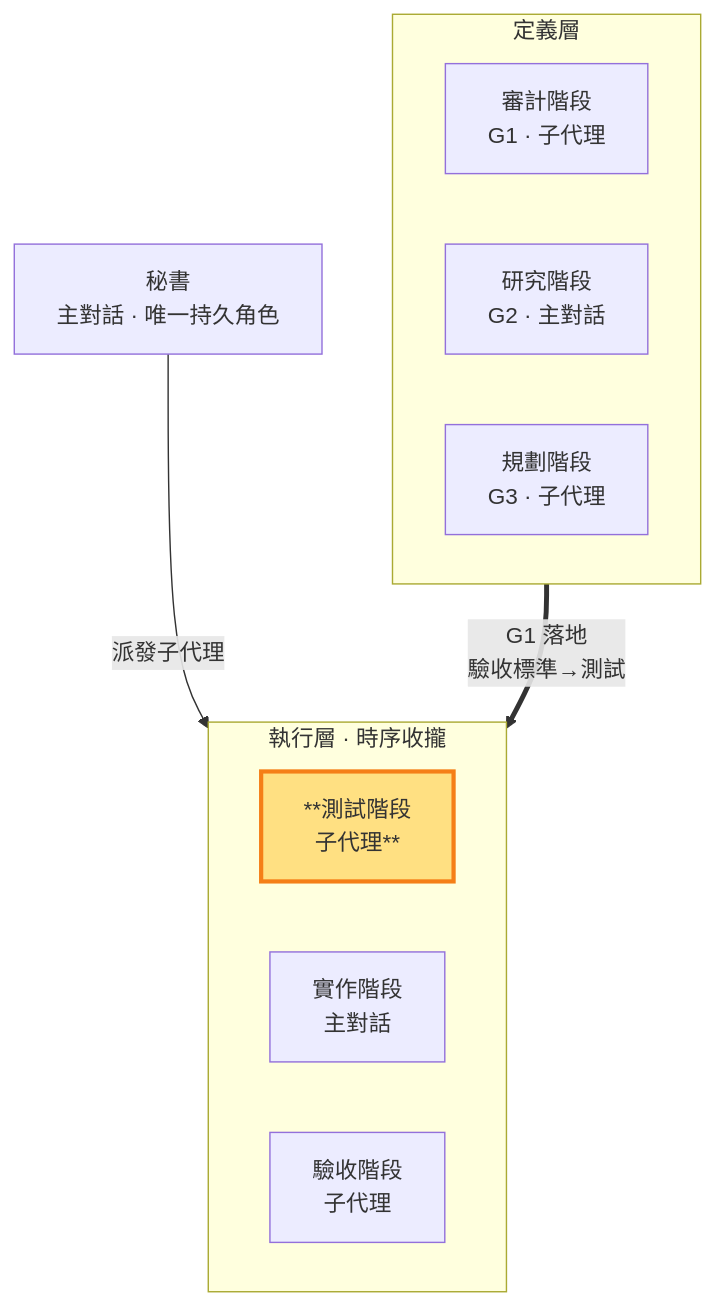
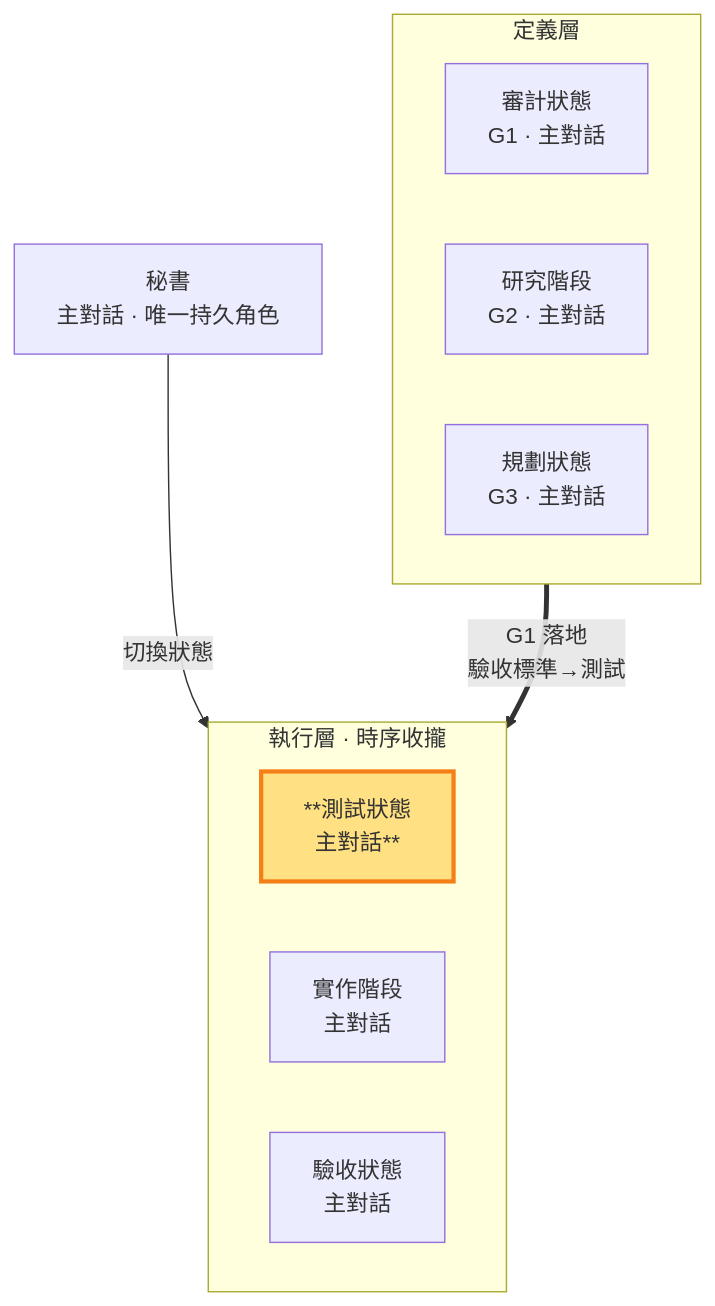
Before and after one commit to teps3105/shiftblame: the diagram in skills/shiftblame/references/TEST.md, drawn with Mermaid. The commit also changed other lines of this file and 31 other files, not shown here.

````diff
--- a/skills/shiftblame/references/TEST.md
+++ b/skills/shiftblame/references/TEST.md
@@ -16,19 +16,19 @@
 ```mermaid
 flowchart TB
     SEC[秘書<br/>主對話 · 唯一持久角色]
     subgraph Consult["定義層"]
         direction LR
-        AUD["審計階段<br/>G1 · 子代理"]
+        AUD["審計狀態<br/>G1 · 主對話"]
         RES["研究階段<br/>G2 · 主對話"]
-        PLA["規劃階段<br/>G3 · 子代理"]
+        PLA["規劃狀態<br/>G3 · 主對話"]
     end
     subgraph Build["執行層 · 時序收攏"]
         direction LR
-        TST["**測試階段<br/>子代理**"]:::thisrole
+        TST["**測試狀態<br/>主對話**"]:::thisrole
         DEV["實作階段<br/>主對話"]
-        ACC["驗收階段<br/>子代理"]
+        ACC["驗收狀態<br/>主對話"]
     end
-    SEC -- 派發子代理 --> TST
+    SEC -- 切換狀態 --> TST
     AUD == "G1 落地<br/>驗收標準→測試" ==> TST
     classDef thisrole fill:#ffe082,stroke:#f57f17,stroke-width:3px;
 ```
````
